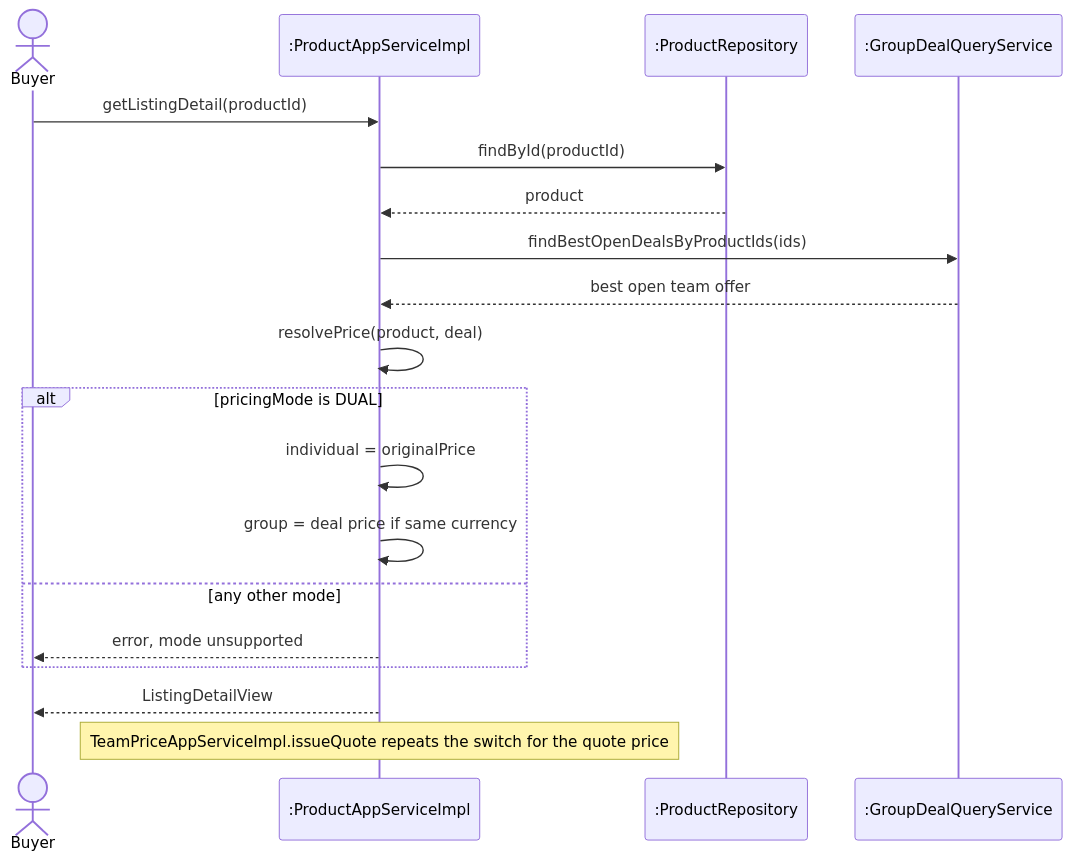
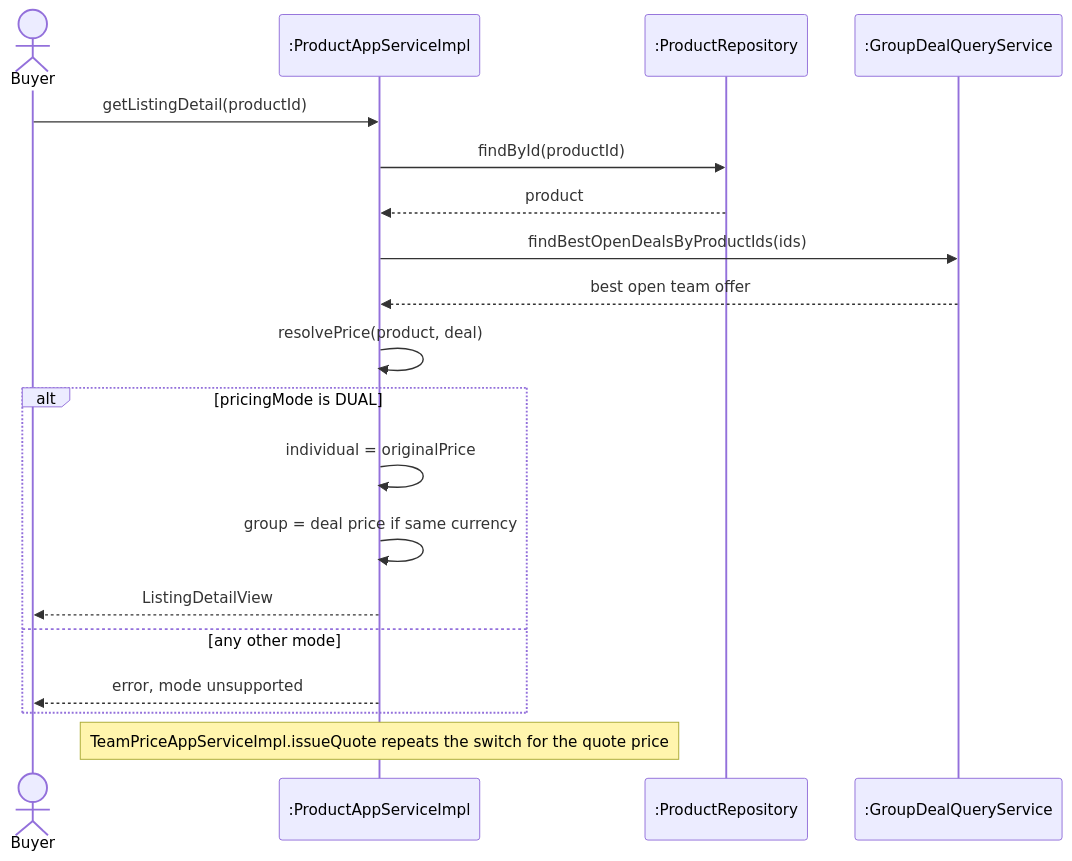
Before and after one commit to PPsyrius/iss-groupbuy-team8: the second of 4 diagrams in docs/swe5006/report/sections/03-5-4-lim.md, drawn with Mermaid.

Commit message:
docs(report): Figure 3.129 draws the ListingDetailView reply inside the DUAL branch at 3.5.4 (#463)
The ListingDetailView reply sat after the pricing alt. The error reply
in the other branch had already closed the service's bar, so the final
reply left a bare lifeline, and it read as if an unsupported mode also
returned a view. The reply now ends the DUAL branch, and the other
branch ends with its error.

The figure draws a brute-force design that was never committed; the
reply it returns is the real one,
ListingDetailView getListingDetail(UUID productId)
(backend/blocbuy-application/src/main/java/com/blocbuy/catalog/service/ProductAppServiceImpl.java:116@6d14e449).

Evidence-skipped: report figure; the sprint log entry of this PR covers it
Claude-Session: https://claude.ai/code/session_01JW6rqhVURQAqLAddc56V99

````diff
--- a/docs/swe5006/report/sections/03-5-4-lim.md
+++ b/docs/swe5006/report/sections/03-5-4-lim.md
@@ -62,21 +62,21 @@
 ```mermaid
 sequenceDiagram
   actor B as Buyer
   participant P as :ProductAppServiceImpl
   participant R as :ProductRepository
   participant G as :GroupDealQueryService
   B->>P: getListingDetail(productId)
   P->>R: findById(productId)
   R-->>P: product
   P->>G: findBestOpenDealsByProductIds(ids)
   G-->>P: best open team offer
   P->>P: resolvePrice(product, deal)
   alt pricingMode is DUAL
     P->>P: individual = originalPrice
     P->>P: group = deal price if same currency
+    P-->>B: ListingDetailView
   else any other mode
     P-->>B: error, mode unsupported
   end
-  P-->>B: ListingDetailView
   Note over P: TeamPriceAppServiceImpl.issueQuote repeats the switch for the quote price
 ```
````
